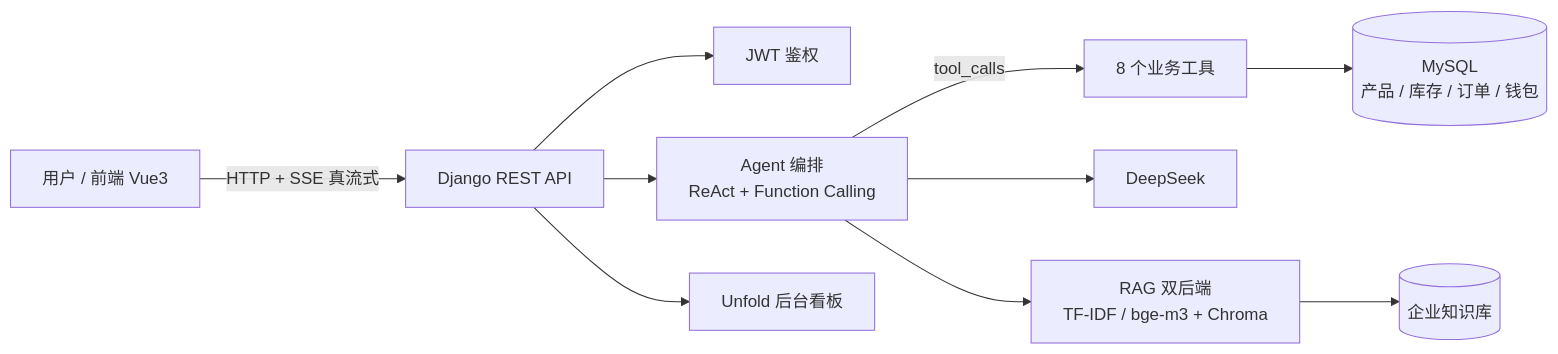
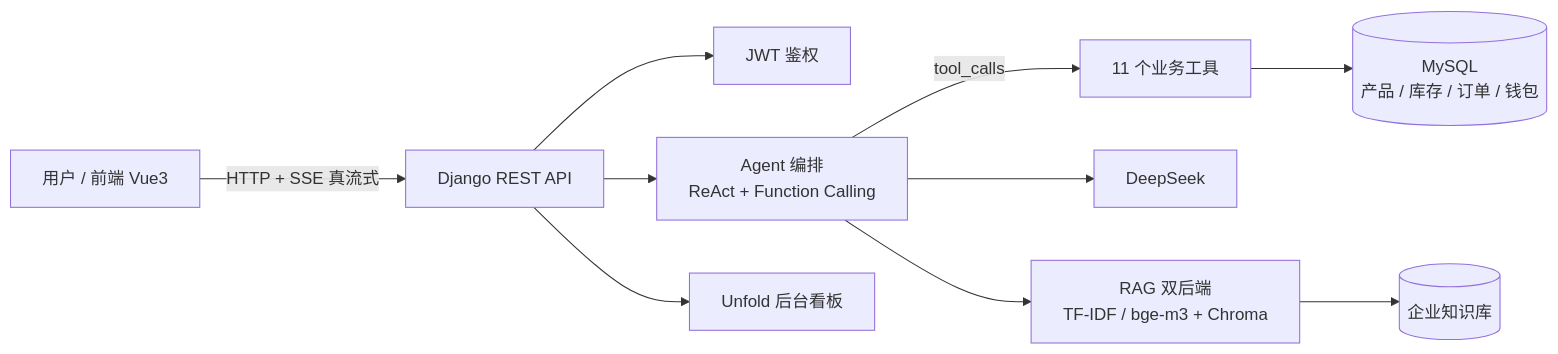
One commit to tykkkkkkan/ZT-agent changed the diagram in README.md. Above: the diagram before and after it, drawn with Mermaid. The commit also changed other lines of this file and 12 other files, not shown here.

````diff
--- a/README.md
+++ b/README.md
@@ -23,12 +23,12 @@
 ```mermaid
 flowchart LR
     U[用户 / 前端 Vue3] -->|HTTP + SSE 真流式| API[Django REST API]
     API --> JWT[JWT 鉴权]
     API --> AG[Agent 编排<br/>ReAct + Function Calling]
-    AG -->|tool_calls| T[8 个业务工具]
+    AG -->|tool_calls| T[11 个业务工具]
     T --> DB[(MySQL<br/>产品 / 库存 / 订单 / 钱包)]
     AG --> LLM[DeepSeek]
     AG --> RAG[RAG 双后端<br/>TF-IDF / bge-m3 + Chroma]
     RAG --> KB[(企业知识库)]
     API --> AD[Unfold 后台看板]
 ```
````
